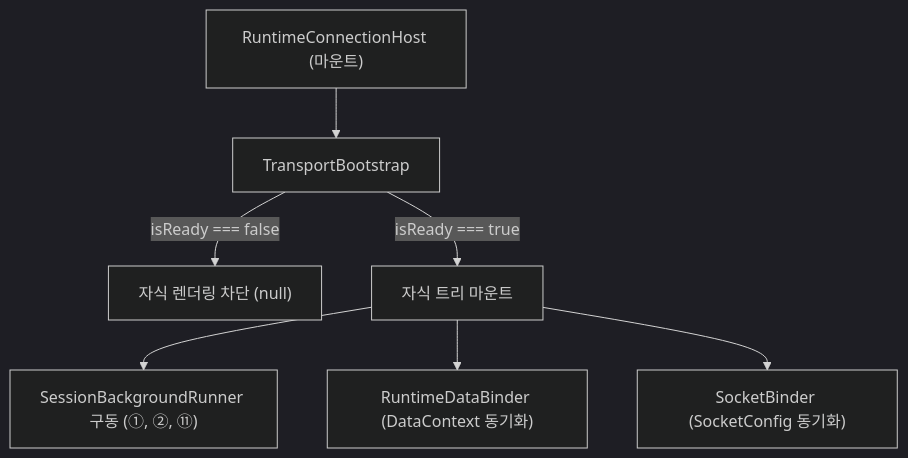
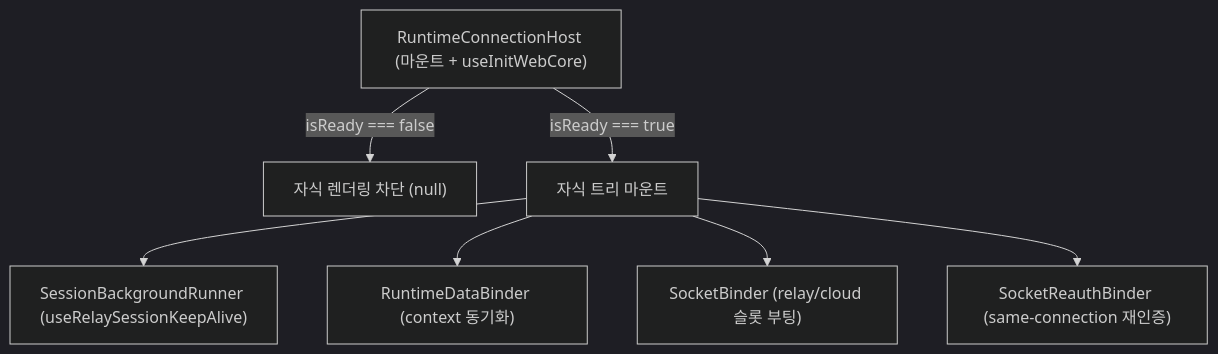
Before and after one commit to lemoncloud-io/dou-app: the diagram in libs/app-runtime/docs/runtime/session-lifecycle.md, drawn with Mermaid (dark theme). The commit also changed other lines of this file and 45 other files, not shown here.

First line of the commit message:
refactor(app-runtime): split socket/auth, relocate session hooks, tighten surface

````diff
--- a/libs/app-runtime/docs/runtime/session-lifecycle.md
+++ b/libs/app-runtime/docs/runtime/session-lifecycle.md
@@ -48,11 +57,11 @@
 ```mermaid
 flowchart TD
-  Host["RuntimeConnectionHost (마운트)"] --> TB["TransportBootstrap"]
+  Host["RuntimeConnectionHost (마운트 + useInitWebCore)"]
+  Host -- isReady === false --> Pending["자식 렌더링 차단 (null)"]
+  Host -- isReady === true --> Mount["자식 트리 마운트"]
 
-  TB -- isReady === false --> Pending["자식 렌더링 차단 (null)"]
-  TB -- isReady === true --> Mount["자식 트리 마운트"]
-
-  Mount --> Runner["SessionBackgroundRunner 구동 (①, ②, ⑪)"]
-  Mount --> DataBinder["RuntimeDataBinder (DataContext 동기화)"]
-  Mount --> SocketBinder["SocketBinder (SocketConfig 동기화)"]
+  Mount --> Runner["SessionBackgroundRunner (useRelaySessionKeepAlive)"]
+  Mount --> DataBinder["RuntimeDataBinder (context 동기화)"]
+  Mount --> SocketBinder["SocketBinder (relay/cloud 슬롯 부팅)"]
+  Mount --> Reauth["SocketReauthBinder (same-connection 재인증)"]
 ```
````
